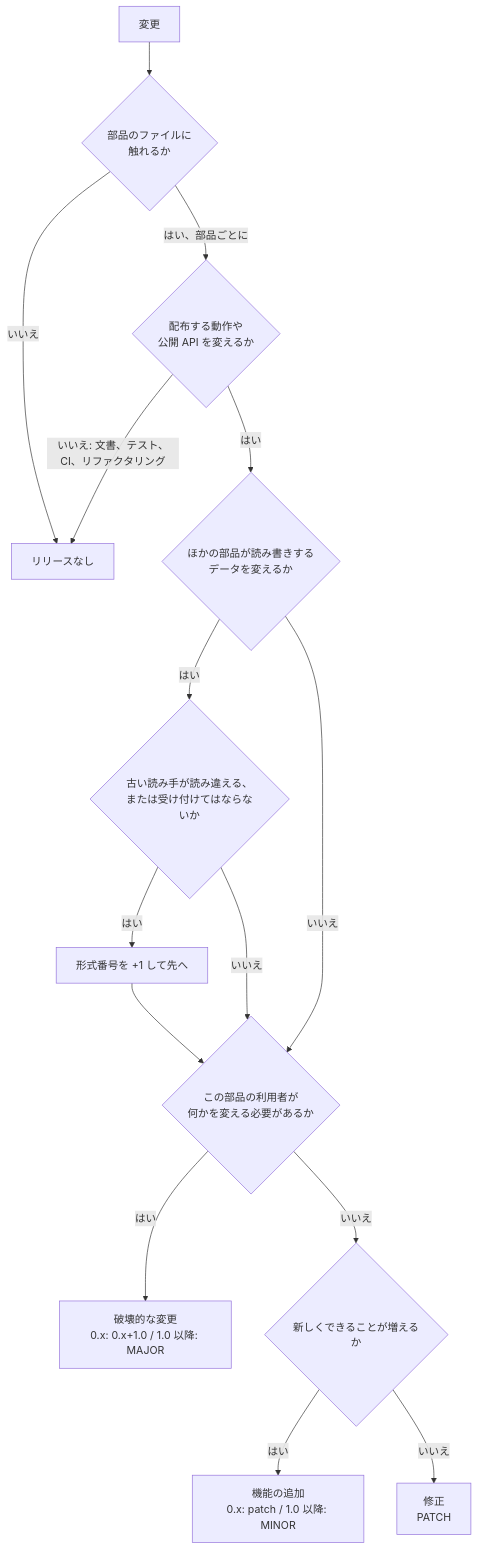
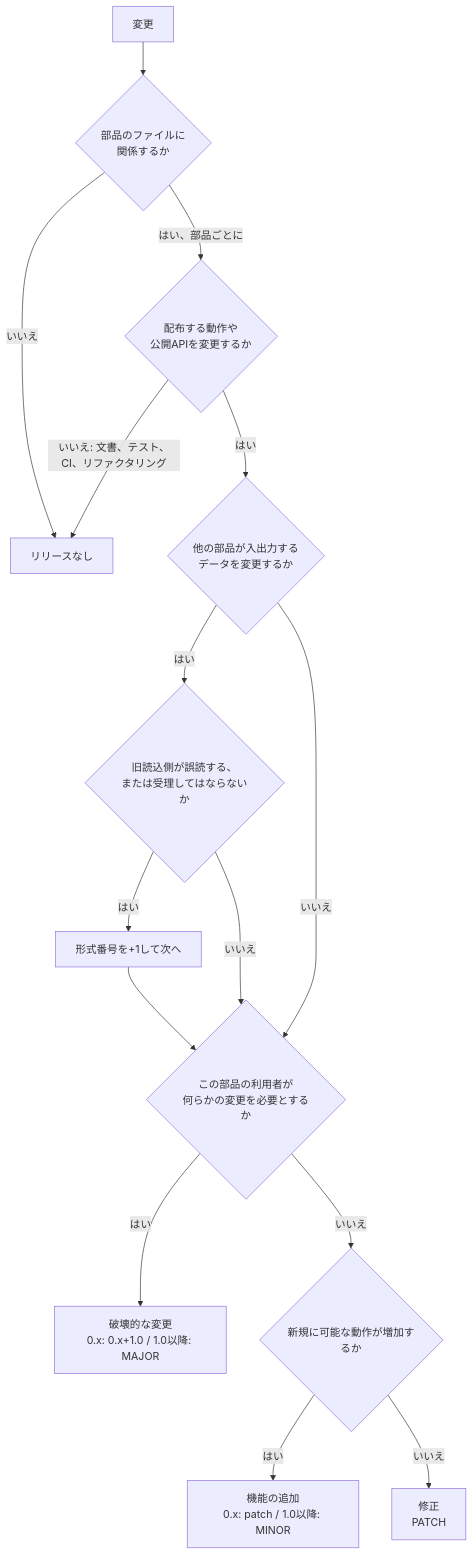
Before and after one commit to c-ardinal/DAGON-Boot: the diagram in site/src/content/docs/explanation/versioning.md, drawn with Mermaid. The commit also changed other lines of this file and 6 other files, not shown here.

````diff
--- a/site/src/content/docs/explanation/versioning.md
+++ b/site/src/content/docs/explanation/versioning.md
@@ -106,17 +106,17 @@
 ```mermaid
 flowchart TD
-    A[変更] --> B{部品のファイルに<br/>触れるか}
+    A[変更] --> B{部品のファイルに<br/>関係するか}
     B -- いいえ --> N[リリースなし]
-    B -- はい、部品ごとに --> C{配布する動作や<br/>公開 API を変えるか}
+    B -- はい、部品ごとに --> C{配布する動作や<br/>公開APIを変更するか}
     C -- いいえ: 文書、テスト、CI、リファクタリング --> N
-    C -- はい --> F{ほかの部品が読み書きする<br/>データを変えるか}
-    F -- はい --> G{古い読み手が読み違える、<br/>または受け付けてはならないか}
-    G -- はい --> H[形式番号を +1 して先へ]
+    C -- はい --> F{他の部品が入出力する<br/>データを変更するか}
+    F -- はい --> G{旧読込側が誤読する、<br/>または受理してはならないか}
+    G -- はい --> H[形式番号を+1して次へ]
     G -- いいえ --> D
     F -- いいえ --> D
-    H --> D{この部品の利用者が<br/>何かを変える必要があるか}
-    D -- はい --> BR[破壊的な変更<br/>0.x: 0.x+1.0 / 1.0 以降: MAJOR]
-    D -- いいえ --> E{新しくできることが増えるか}
-    E -- はい --> FE[機能の追加<br/>0.x: patch / 1.0 以降: MINOR]
+    H --> D{この部品の利用者が<br/>何らかの変更を必要とするか}
+    D -- はい --> BR[破壊的な変更<br/>0.x: 0.x+1.0 / 1.0以降: MAJOR]
+    D -- いいえ --> E{新規に可能な動作が増加するか}
+    E -- はい --> FE[機能の追加<br/>0.x: patch / 1.0以降: MINOR]
     E -- いいえ --> FX[修正<br/>PATCH]
 ```
````
